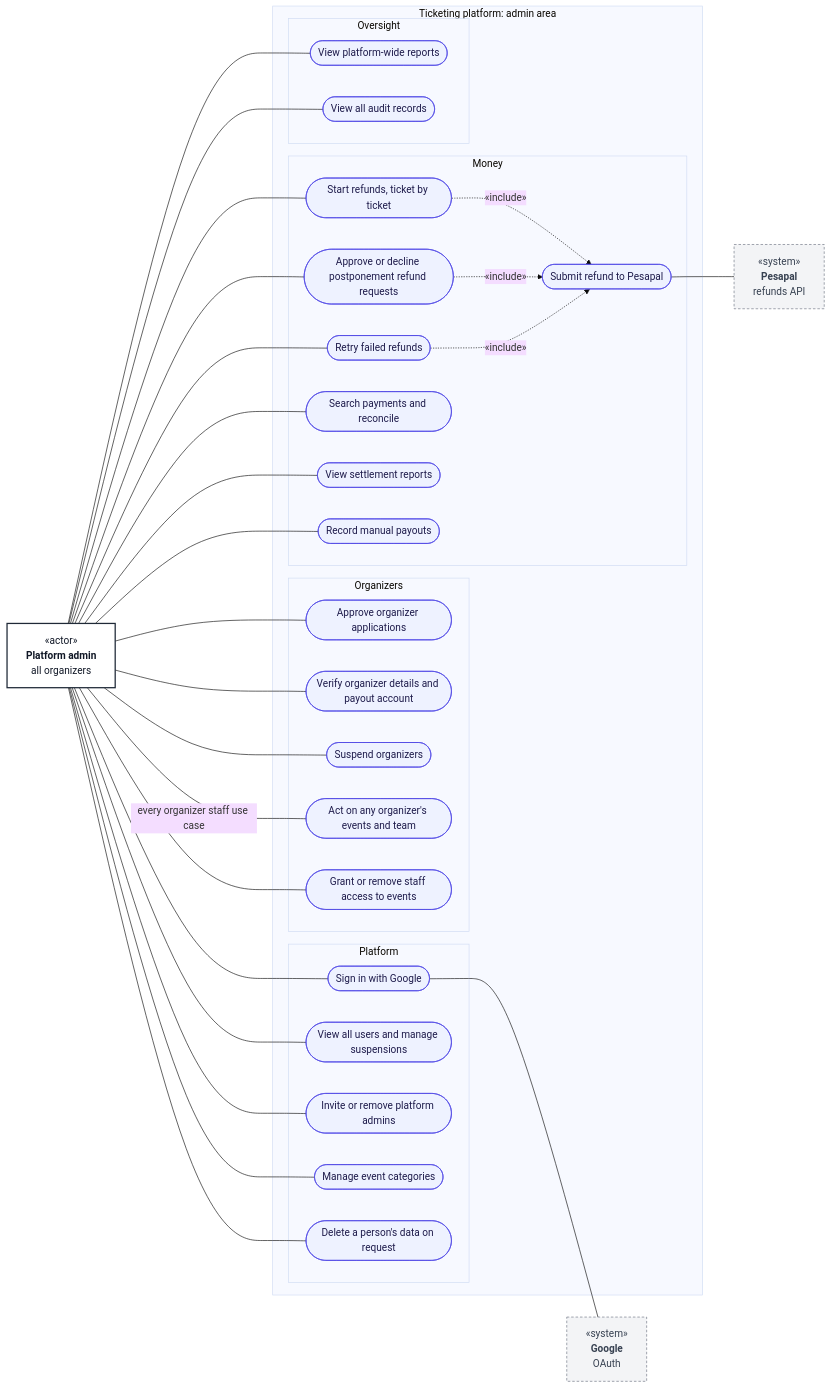
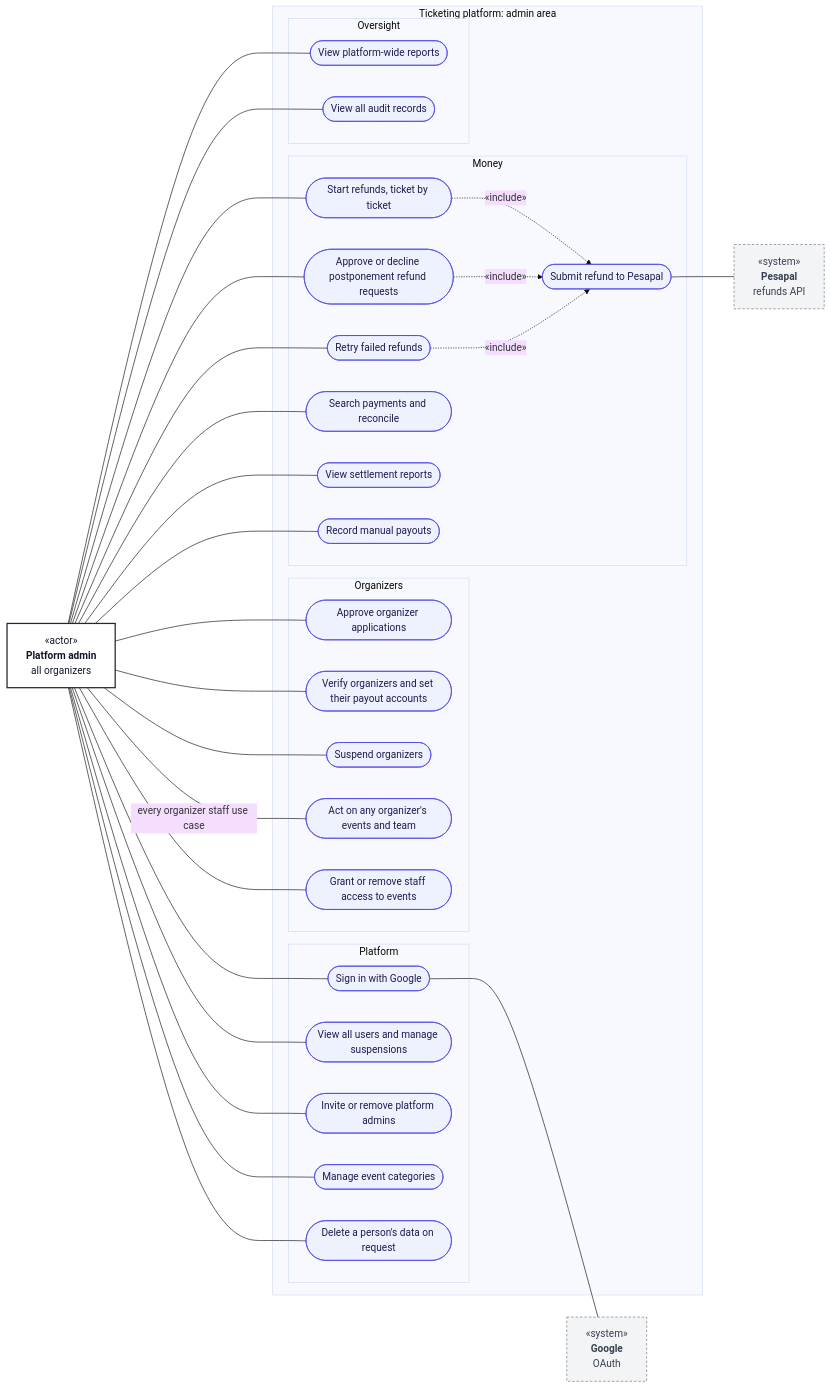
Before and after one commit to kreativesahara/ticket: the diagram in doc/diagrams/use-cases/05-platform-admin.md, drawn with Mermaid (base theme). The commit also changed other lines of this file and 9 other files, not shown here.

Commit message:
docs: add platform admin use case diagrams, documentation, and role-and-privilege guide

````diff
--- a/doc/diagrams/use-cases/05-platform-admin.md
+++ b/doc/diagrams/use-cases/05-platform-admin.md
@@ -9,67 +9,67 @@
 ```mermaid
 flowchart LR
     classDef actor fill:#ffffff,stroke:#1f2937,stroke-width:2px,color:#111827
     classDef external fill:#f3f4f6,stroke:#6b7280,stroke-width:1px,stroke-dasharray:4 3,color:#374151
     classDef usecase fill:#eef2ff,stroke:#4f46e5,stroke-width:1px,color:#1e1b4b
 
     Admin["«actor»<br/><b>Platform admin</b><br/>all organizers"]:::actor
 
     subgraph SYS["Ticketing platform: admin area"]
         subgraph P1["Platform"]
             A1(["Sign in with Google"]):::usecase
             A2(["View all users and manage suspensions"]):::usecase
             A3(["Invite or remove platform admins"]):::usecase
             A4(["Manage event categories"]):::usecase
             A18(["Delete a person's data on request"]):::usecase
         end
         subgraph P2["Organizers"]
             A5(["Approve organizer applications"]):::usecase
-            A6(["Verify organizer details and payout account"]):::usecase
+            A6(["Verify organizers and set their payout accounts"]):::usecase
             A7(["Suspend organizers"]):::usecase
             A8(["Act on any organizer's events and team"]):::usecase
             A19(["Grant or remove staff access to events"]):::usecase
         end
         subgraph P3["Money"]
             A9(["Start refunds, ticket by ticket"]):::usecase
             A10(["Approve or decline postponement refund requests"]):::usecase
             A11(["Retry failed refunds"]):::usecase
             A12(["Submit refund to Pesapal"]):::usecase
             A13(["Search payments and reconcile"]):::usecase
             A14(["View settlement reports"]):::usecase
             A15(["Record manual payouts"]):::usecase
         end
         subgraph P4["Oversight"]
             A16(["View platform-wide reports"]):::usecase
             A17(["View all audit records"]):::usecase
         end
     end
 
     Google["«system»<br/><b>Google</b><br/>OAuth"]:::external
     Pesapal["«system»<br/><b>Pesapal</b><br/>refunds API"]:::external
 
     Admin --- A1
     Admin --- A2
     Admin --- A3
     Admin --- A4
     Admin --- A18
     Admin --- A5
     Admin --- A6
     Admin --- A7
     Admin ---|"every organizer staff use case"| A8
     Admin --- A19
     Admin --- A9
     Admin --- A10
     Admin --- A11
     Admin --- A13
     Admin --- A14
     Admin --- A15
     Admin --- A16
     Admin --- A17
 
     A9 -.->|"«include»"| A12
     A10 -.->|"«include»"| A12
     A11 -.->|"«include»"| A12
 
     A1 --- Google
     A12 --- Pesapal
 ```
````
